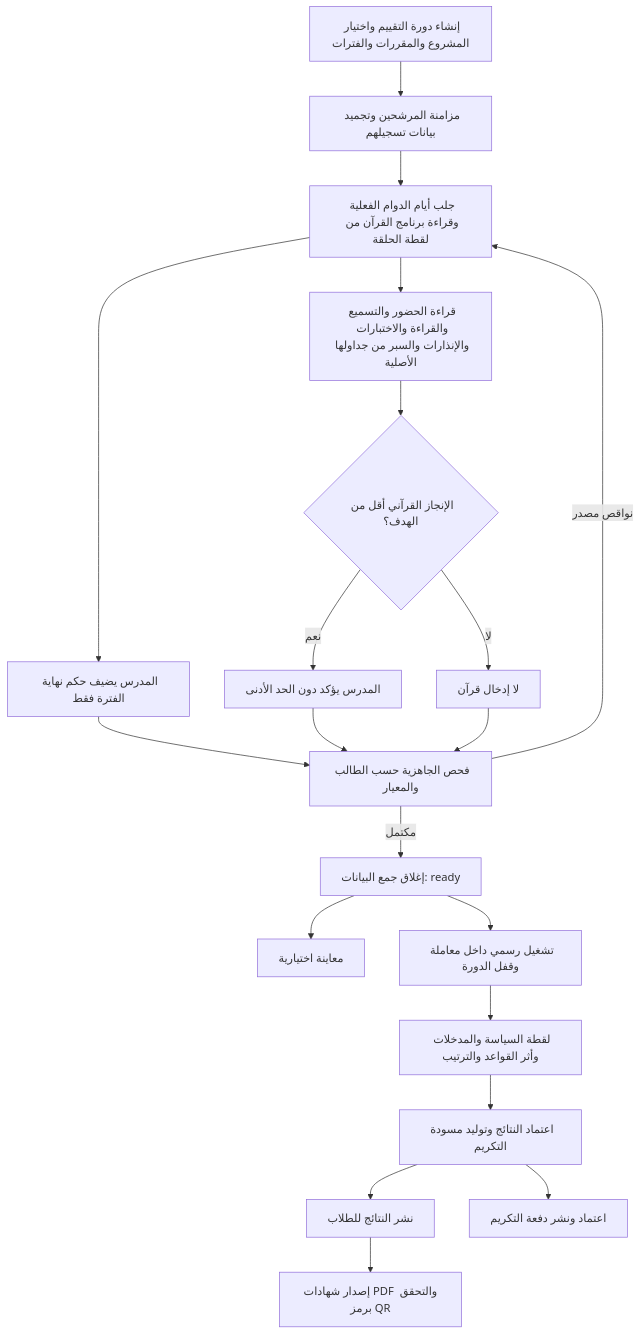
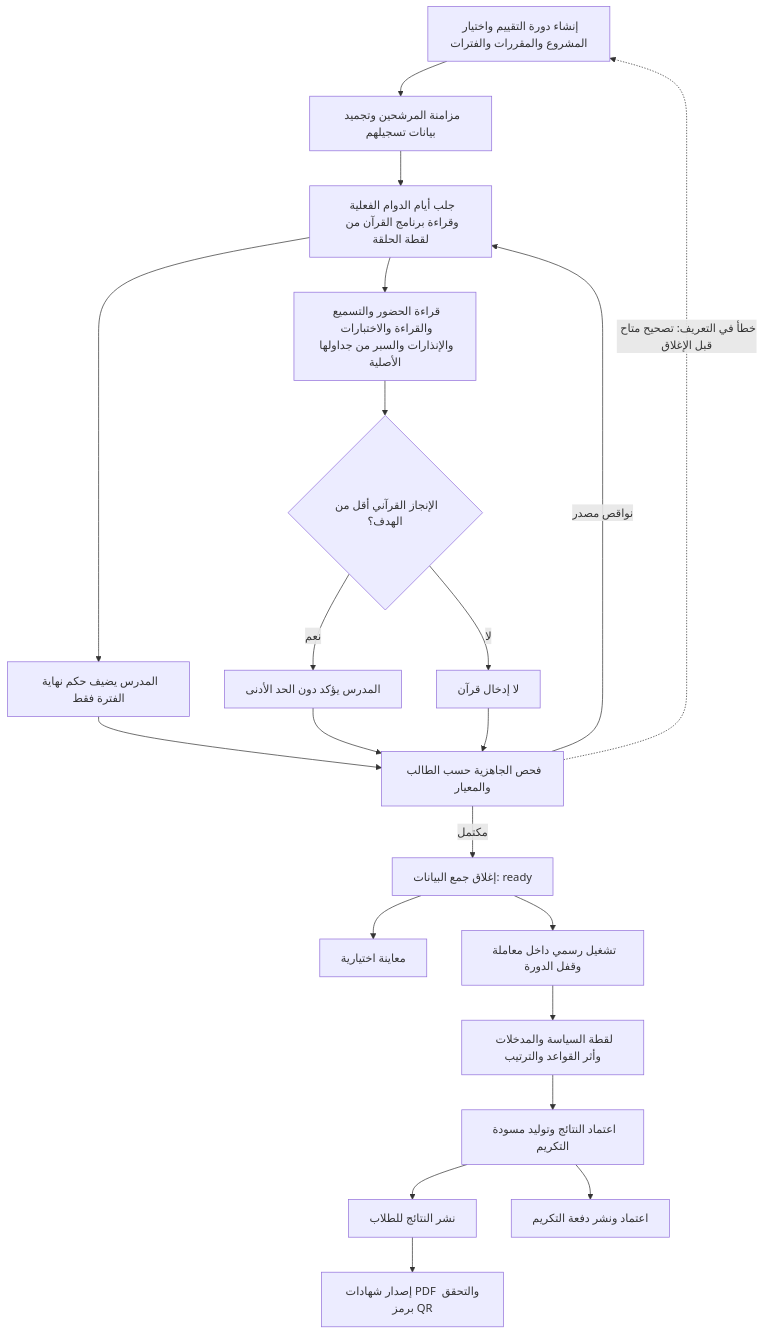
The diagram in docs/final-evaluation-reference-ar.md (homamnasser/QIMS), drawn with Mermaid before and after one commit. The commit also changed other lines of this file and 57 other files, not shown here.

````diff
--- a/docs/final-evaluation-reference-ar.md
+++ b/docs/final-evaluation-reference-ar.md
@@ -113,22 +113,23 @@
 ```mermaid
 flowchart TD
     A["إنشاء دورة التقييم واختيار المشروع والمقررات والفترات"] --> B["مزامنة المرشحين وتجميد بيانات تسجيلهم"]
     B --> C["جلب أيام الدوام الفعلية وقراءة برنامج القرآن من لقطة الحلقة"]
     C --> D["قراءة الحضور والتسميع والقراءة والاختبارات والإنذارات والسبر من جداولها الأصلية"]
     C --> E["المدرس يضيف حكم نهاية الفترة فقط"]
     D --> F{"الإنجاز القرآني أقل من الهدف؟"}
     F -->|"نعم"| G["المدرس يؤكد دون الحد الأدنى"]
     F -->|"لا"| H["لا إدخال قرآن"]
     E --> I["فحص الجاهزية حسب الطالب والمعيار"]
     G --> I
     H --> I
     I -->|"نواقص مصدر"| C
+    I -.->|"خطأ في التعريف: تصحيح متاح قبل الإغلاق"| A
     I -->|"مكتمل"| J["إغلاق جمع البيانات: ready"]
     J --> K["معاينة اختيارية"]
     J --> L["تشغيل رسمي داخل معاملة وقفل الدورة"]
     L --> M["لقطة السياسة والمدخلات وأثر القواعد والترتيب"]
     M --> N["اعتماد النتائج وتوليد مسودة التكريم"]
     N --> O["نشر النتائج للطلاب"]
     O --> P["إصدار شهادات PDF والتحقق برمز QR"]
     N --> Q["اعتماد ونشر دفعة التكريم"]
 ```
````
